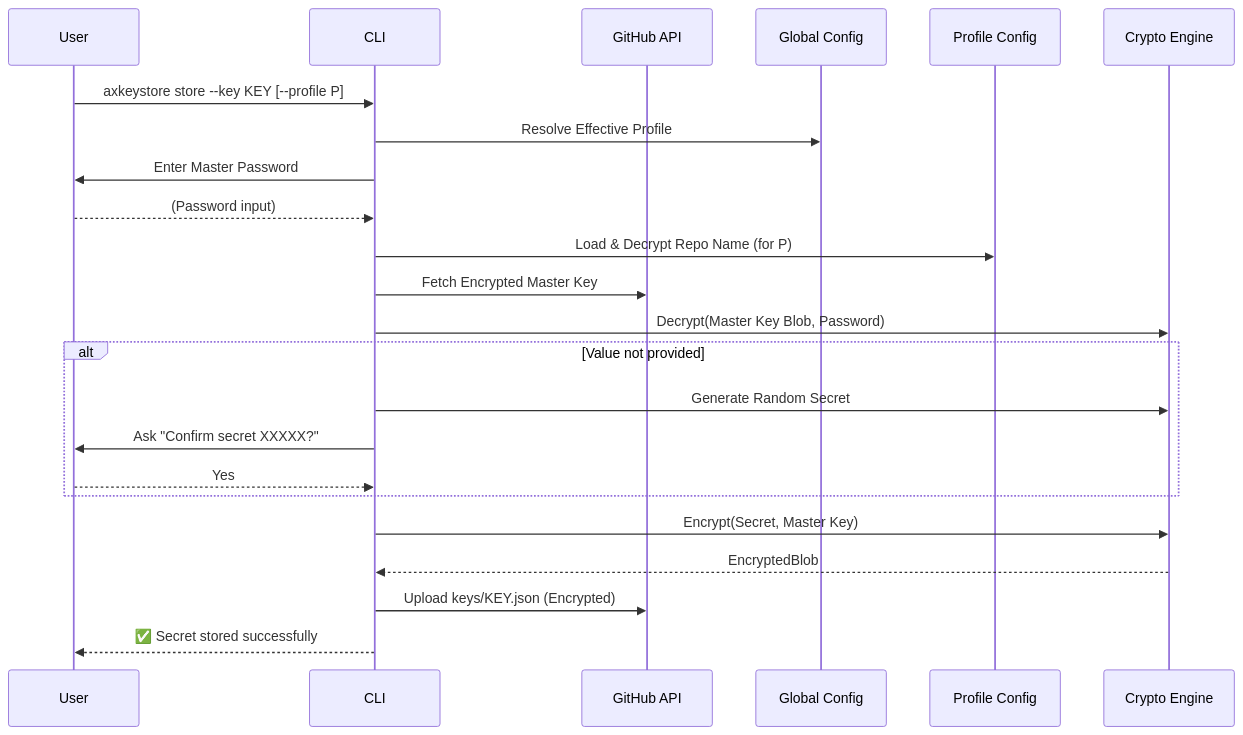
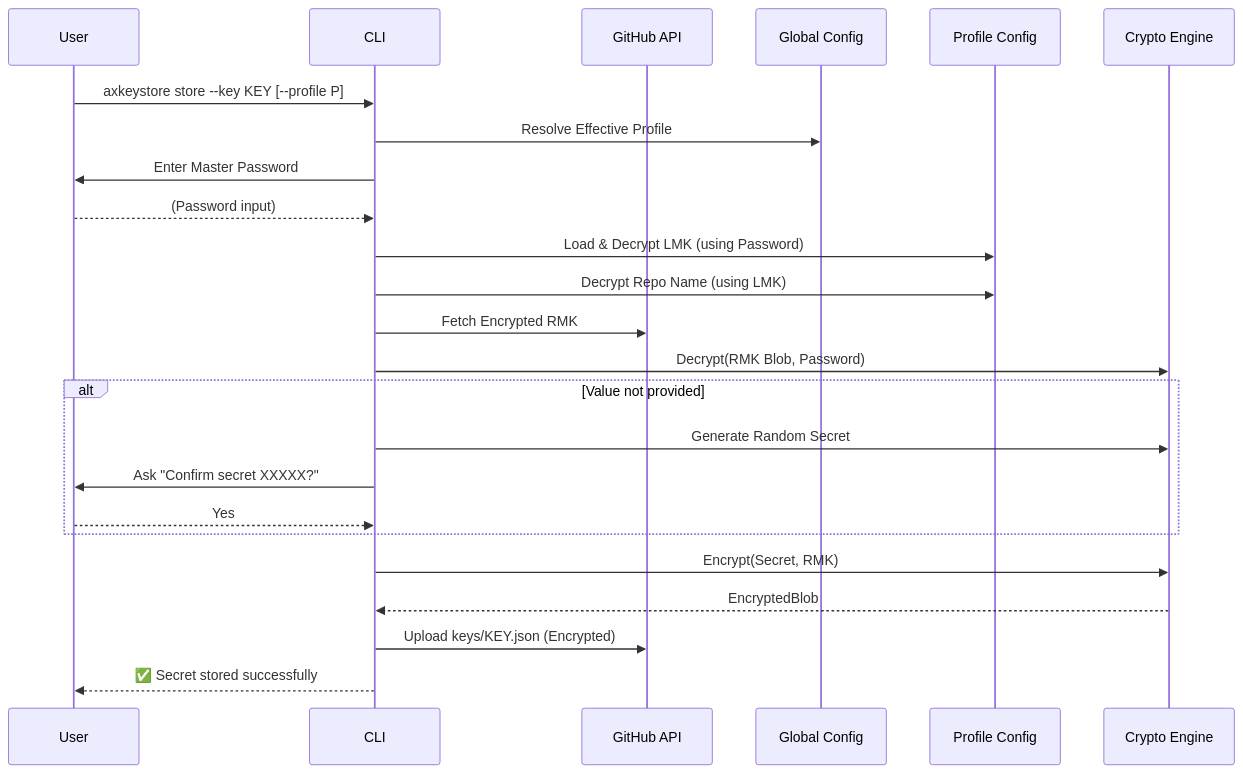
The third of 8 diagrams in README.md (basilgregory/axkeystore), drawn with Mermaid before and after one commit. The commit also changed other lines of this file and 2 other files, not shown here.

Commit message:
reset master password

````diff
--- a/README.md
+++ b/README.md
@@ -293,26 +341,27 @@
 ```mermaid
 sequenceDiagram
     participant U as User
     participant C as CLI
     participant G as GitHub API
     participant GC as Global Config
     participant PC as Profile Config
     participant CR as Crypto Engine
 
     U->>C: axkeystore store --key KEY [--profile P]
     C->>GC: Resolve Effective Profile
     C->>U: Enter Master Password
     U-->>C: (Password input)
-    C->>PC: Load & Decrypt Repo Name (for P)
-    C->>G: Fetch Encrypted Master Key
-    C->>CR: Decrypt(Master Key Blob, Password)
+    C->>PC: Load & Decrypt LMK (using Password)
+    C->>PC: Decrypt Repo Name (using LMK)
+    C->>G: Fetch Encrypted RMK
+    C->>CR: Decrypt(RMK Blob, Password)
     alt Value not provided
         C->>CR: Generate Random Secret
         C->>U: Ask "Confirm secret XXXXX?"
         U-->>C: Yes
     end
-    C->>CR: Encrypt(Secret, Master Key)
+    C->>CR: Encrypt(Secret, RMK)
     CR-->>C: EncryptedBlob
     C->>G: Upload keys/KEY.json (Encrypted)
     C-->>U: ✅ Secret stored successfully
 ```
````
